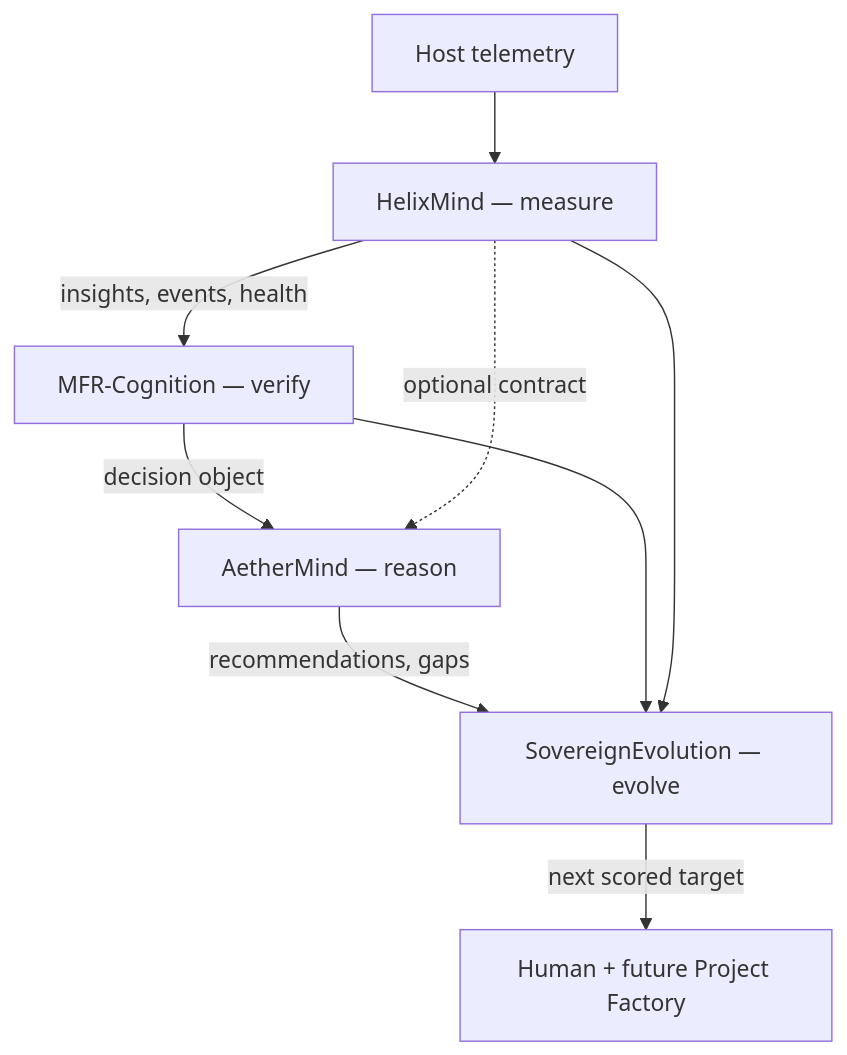
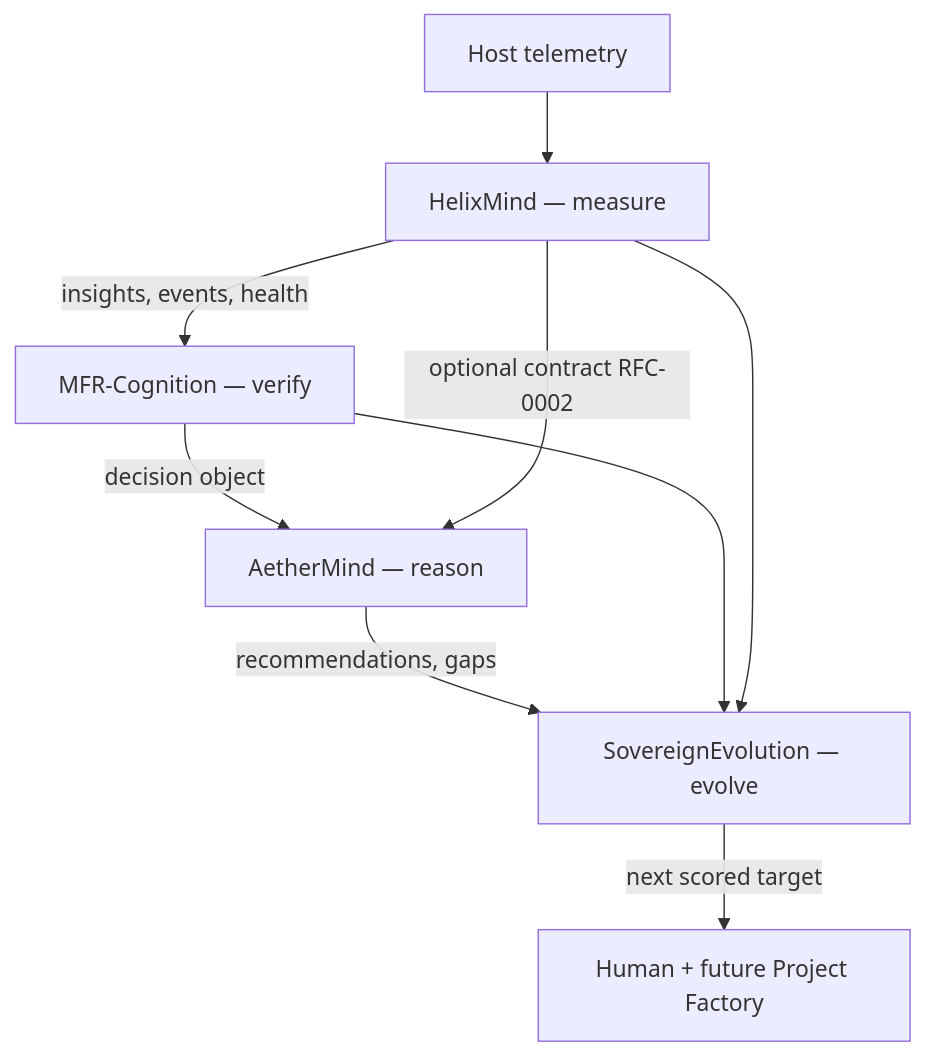
Before and after one commit to mfathialrahman-crypto/FathiMind: the diagram in docs/architecture.md, drawn with Mermaid. The commit also changed other lines of this file and 2 other files, not shown here.

Commit message:
RFC-0002 implemented: Helix → MFR → Aether optional evidence flow

````diff
--- a/docs/architecture.md
+++ b/docs/architecture.md
@@ -5,11 +5,11 @@
 ```mermaid
 flowchart TD
   T[Host telemetry] --> H[HelixMind — measure]
   H -->|insights, events, health| M[MFR-Cognition — verify]
   M -->|decision object| A[AetherMind — reason]
-  H -.->|optional contract| A
+  H -->|optional contract RFC-0002| A
   A -->|recommendations, gaps| S[SovereignEvolution — evolve]
   M --> S
   H --> S
   S -->|next scored target| Dev[Human + future Project Factory]
 ```
````
